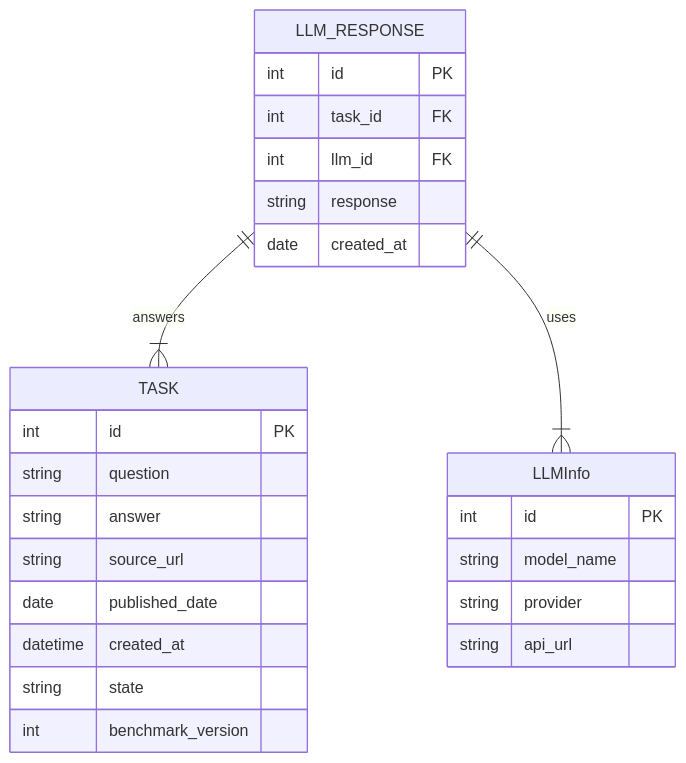
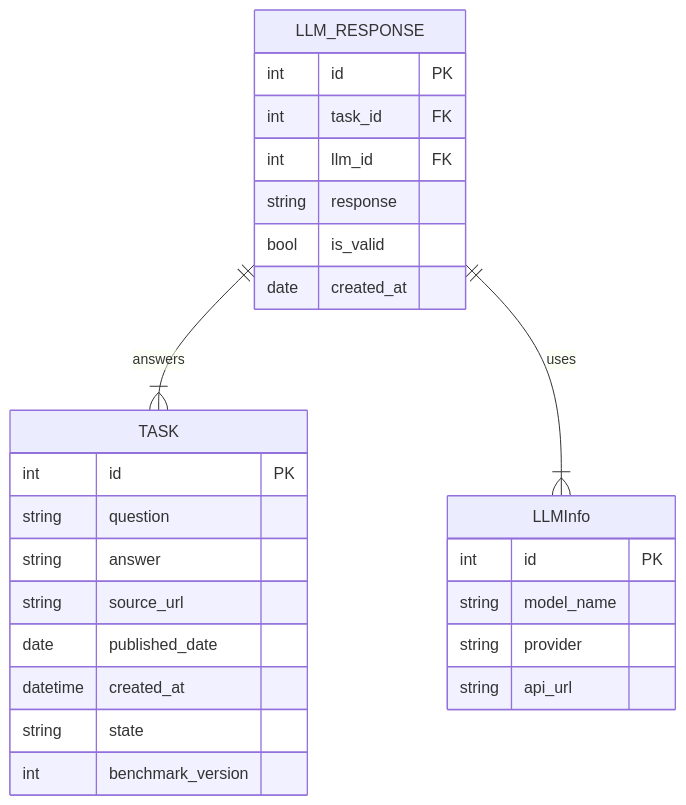
The diagram in docs/db_relations.md (ruslann19/llm_benchmark), drawn with Mermaid before and after one commit. The commit also changed 17 other files, not shown here.

````diff
--- a/docs/db_relations.md
+++ b/docs/db_relations.md
@@ -3,28 +3,29 @@
 ```mermaid
 erDiagram
     LLM_RESPONSE ||--|{ TASK : "answers"
     LLM_RESPONSE ||--|{ LLMInfo : "uses"
     TASK {
         int id PK
         string question
         string answer
         string source_url
         date published_date
         datetime created_at
         string state
         int benchmark_version
     }
     LLM_RESPONSE {
         int id PK
         int task_id FK
         int llm_id FK
         string response
+        bool is_valid
         date created_at
     }
     LLMInfo {
         int id PK
         string model_name
         string provider
         string api_url
     }
 ```
````
